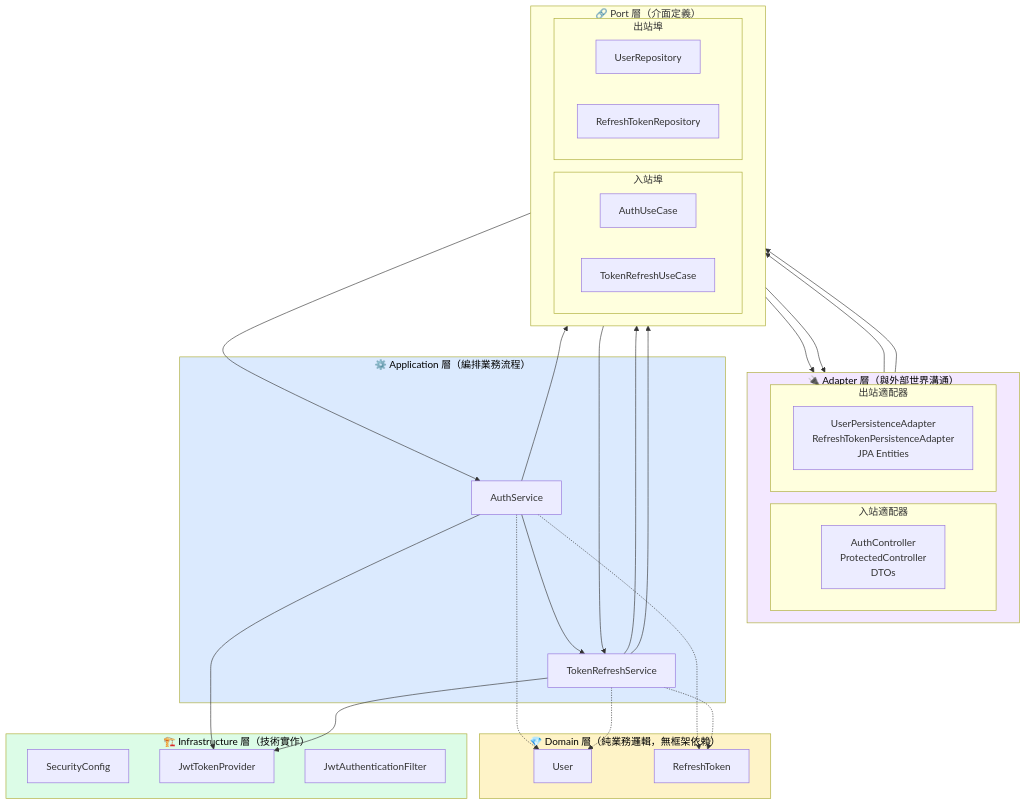
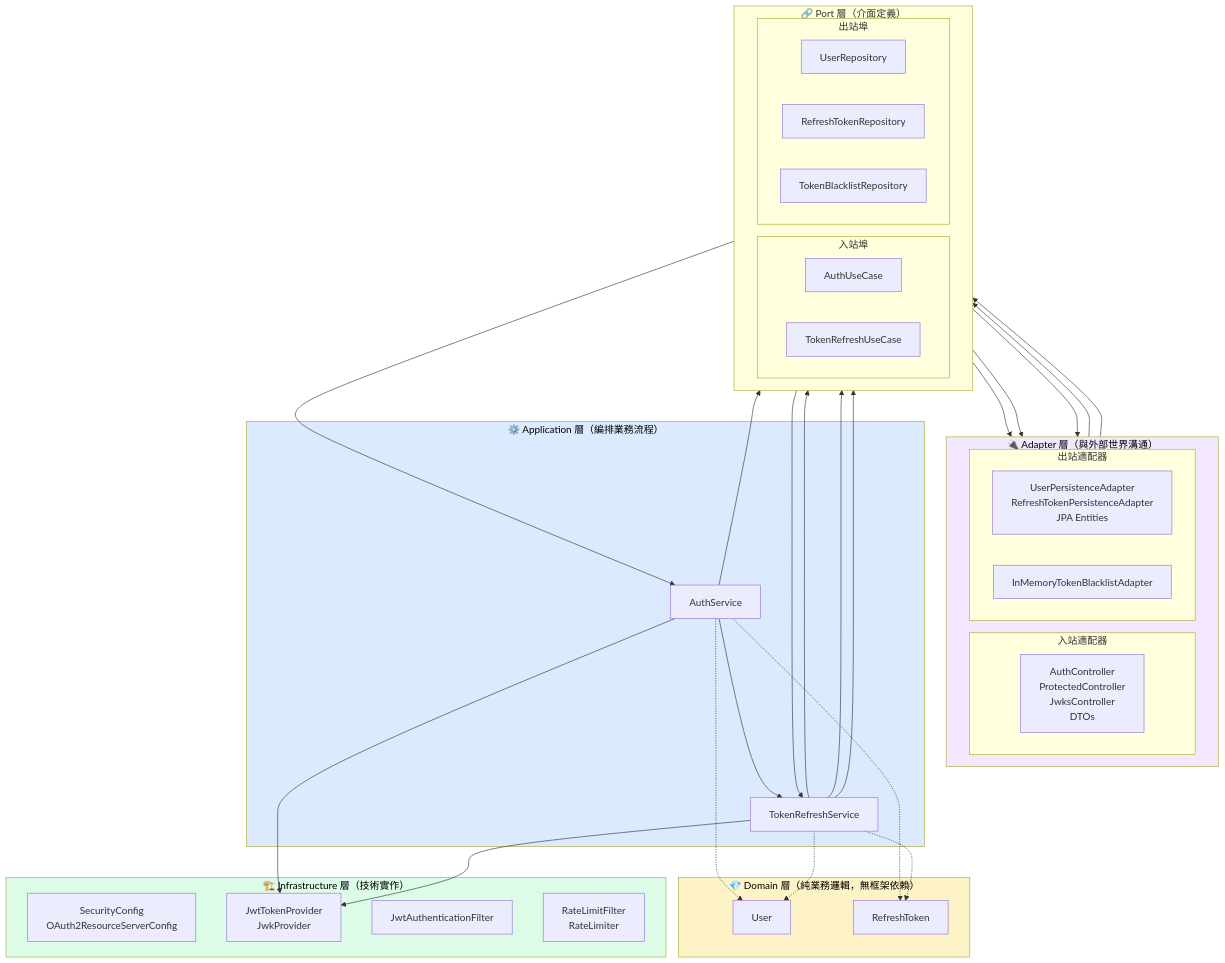
Diagram 16 of 18 in README.md (ChunPingWang/jwt-poc), drawn with Mermaid before and after one commit. The commit also changed other lines of this file, not shown here.

First line of the commit message:
文件：更新 README 新增四項進階功能說明與架構圖

````diff
--- a/README.md
+++ b/README.md
@@ -405,56 +580,60 @@
 ```mermaid
 graph TB
     subgraph ADAPTER["🔌 Adapter 層（與外部世界溝通）"]
         direction LR
         subgraph IN_ADAPTER["入站適配器"]
-            WEB["AuthController<br/>ProtectedController<br/>DTOs"]
+            WEB["AuthController<br/>ProtectedController<br/>JwksController<br/>DTOs"]
         end
         subgraph OUT_ADAPTER["出站適配器"]
             PERSIST["UserPersistenceAdapter<br/>RefreshTokenPersistenceAdapter<br/>JPA Entities"]
+            CACHE["InMemoryTokenBlacklistAdapter"]
         end
     end
 
     subgraph PORT["🔗 Port 層（介面定義）"]
         direction LR
         subgraph IN_PORT["入站埠"]
             AUTH_UC["AuthUseCase"]
             REFRESH_UC["TokenRefreshUseCase"]
         end
         subgraph OUT_PORT["出站埠"]
             USER_REPO["UserRepository"]
             TOKEN_REPO["RefreshTokenRepository"]
+            BL_REPO["TokenBlacklistRepository"]
         end
     end
 
     subgraph APP["⚙️ Application 層（編排業務流程）"]
         AUTH_SVC["AuthService"]
         TOKEN_SVC["TokenRefreshService"]
     end
 
     subgraph DOMAIN["💎 Domain 層（純業務邏輯，無框架依賴）"]
         USER["User"]
         RTOKEN["RefreshToken"]
     end
 
     subgraph INFRA["🏗️ Infrastructure 層（技術實作）"]
-        SEC["SecurityConfig"]
-        JWT["JwtTokenProvider"]
+        SEC["SecurityConfig<br/>OAuth2ResourceServerConfig"]
+        JWT["JwtTokenProvider<br/>JwkProvider"]
         FILTER["JwtAuthenticationFilter"]
+        RATE["RateLimitFilter<br/>RateLimiter"]
     end
 
     WEB --> AUTH_UC & REFRESH_UC
     AUTH_UC --> AUTH_SVC
     REFRESH_UC --> TOKEN_SVC
     AUTH_SVC --> USER_REPO & TOKEN_SVC
     AUTH_SVC --> JWT
-    TOKEN_SVC --> TOKEN_REPO & USER_REPO & JWT
+    TOKEN_SVC --> TOKEN_REPO & USER_REPO & JWT & BL_REPO
     USER_REPO --> PERSIST
     TOKEN_REPO --> PERSIST
+    BL_REPO --> CACHE
     AUTH_SVC -.-> USER & RTOKEN
     TOKEN_SVC -.-> USER & RTOKEN
 
     style DOMAIN fill:#fef3c7,color:#000
     style APP fill:#dbeafe,color:#000
     style ADAPTER fill:#f3e8ff,color:#000
     style INFRA fill:#dcfce7,color:#000
 ```
````
